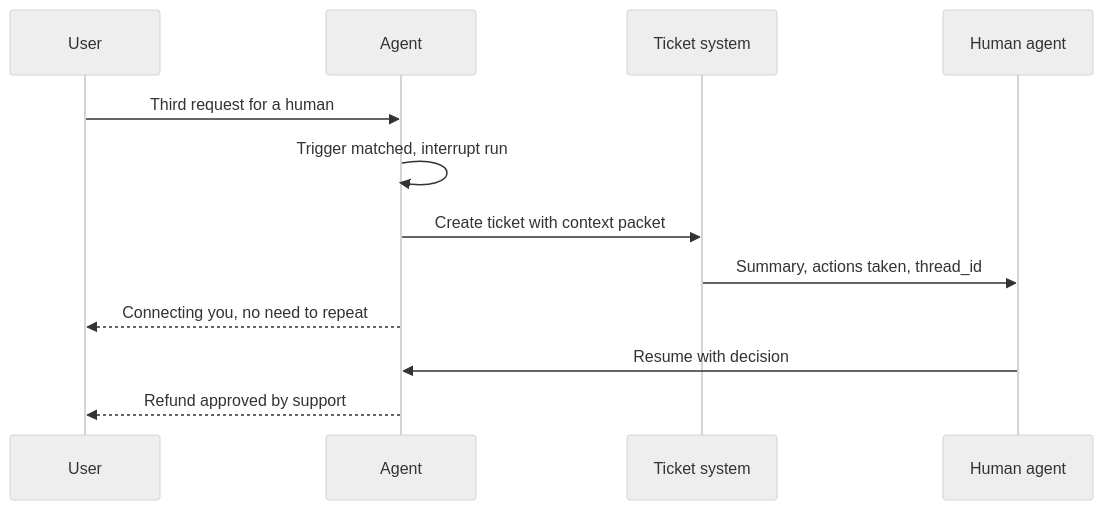
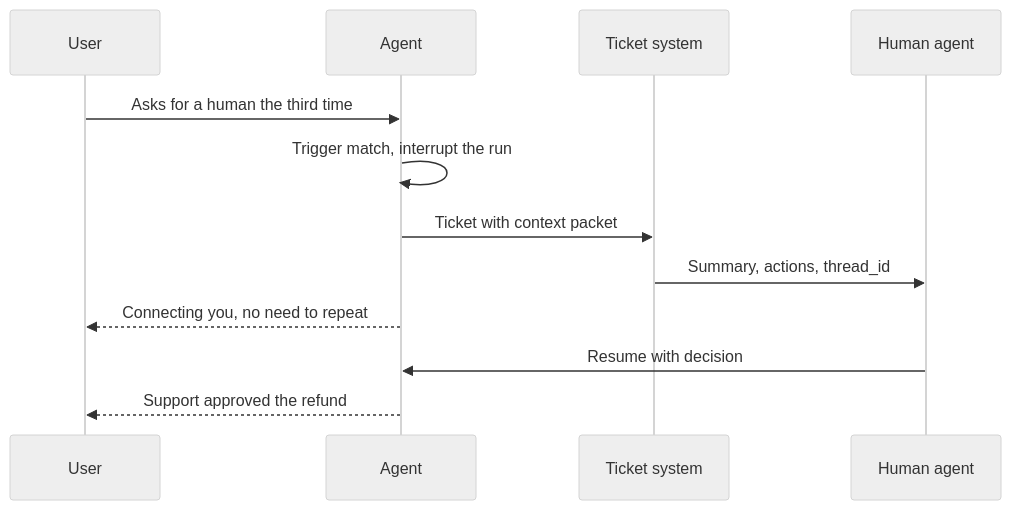
One commit to flow6979/viewinter changed the tenth of 14 diagrams in content-en/11-agentic/12-agents-in-production.md. Above: the diagram before and after it, drawn with Mermaid (neutral theme). The commit also changed other lines of this file and 26 other files, not shown here.

First line of the commit message:
Agentic AI: rewrite all 13 pages to explain from scratch; animate diagrams on every article

````diff
--- a/content-en/11-agentic/12-agents-in-production.md
+++ b/content-en/11-agentic/12-agents-in-production.md
@@ -309,14 +600,14 @@
 ```mermaid
 sequenceDiagram
     participant U as User
     participant A as Agent
     participant T as Ticket system
     participant H as Human agent
-    U->>A: Third request for a human
-    A->>A: Trigger matched, interrupt run
-    A->>T: Create ticket with context packet
-    T->>H: Summary, actions taken, thread_id
+    U->>A: Asks for a human the third time
+    A->>A: Trigger match, interrupt the run
+    A->>T: Ticket with context packet
+    T->>H: Summary, actions, thread_id
     A-->>U: Connecting you, no need to repeat
     H->>A: Resume with decision
-    A-->>U: Refund approved by support
+    A-->>U: Support approved the refund
 ```
````
